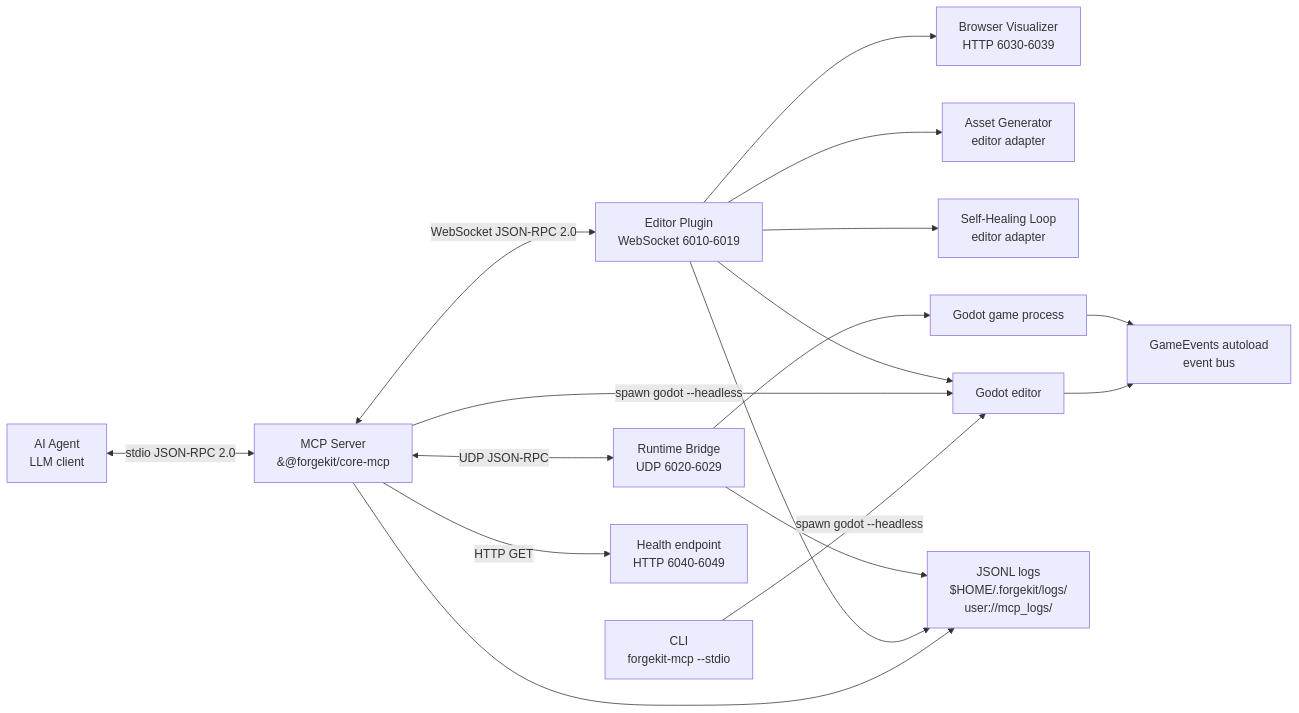
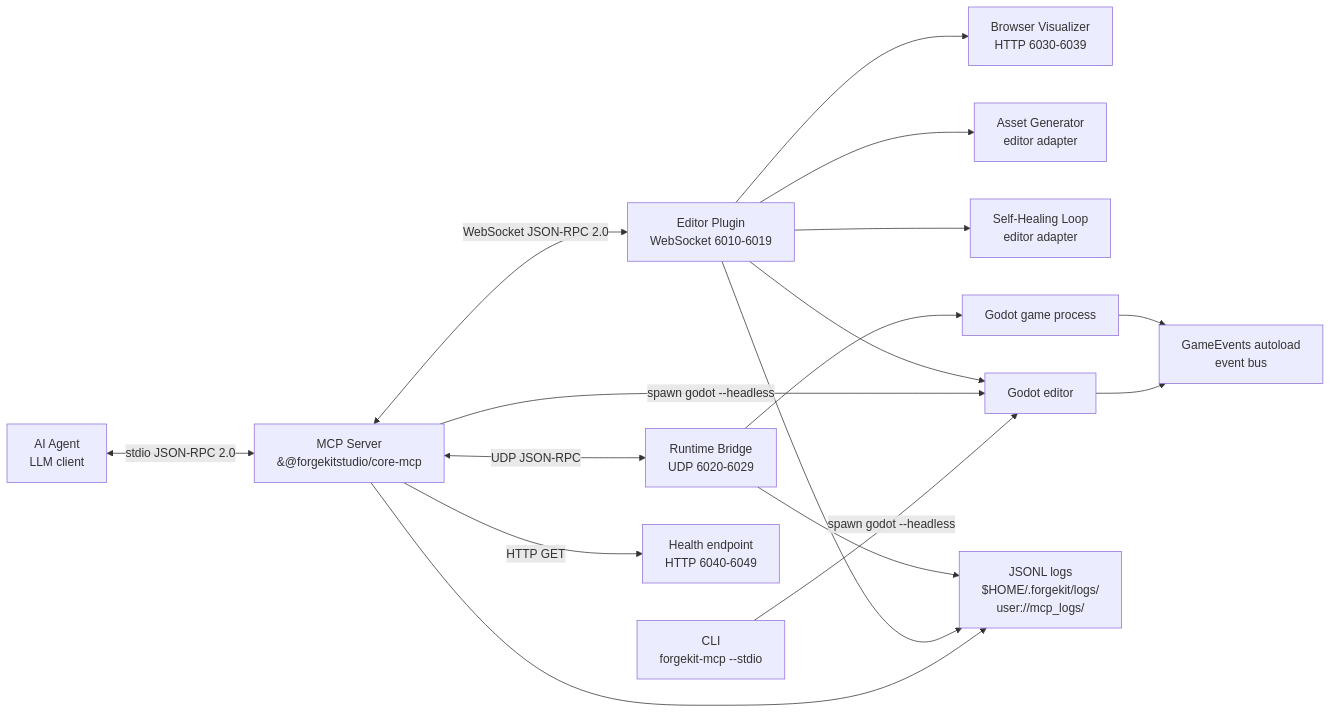
The second of 3 diagrams in docs/architecture.md (ForgeKitStudio/forgekit-core), drawn with Mermaid before and after one commit. The commit also changed other lines of this file and 15 other files, not shown here.

````diff
--- a/docs/architecture.md
+++ b/docs/architecture.md
@@ -359,36 +359,36 @@
 ```mermaid
 graph LR
     Agent[AI Agent<br/>LLM client]
     CLI[CLI<br/>forgekit-mcp --stdio]
-    Server[MCP Server<br/>&#64;forgekit/core-mcp]
+    Server[MCP Server<br/>&#64;forgekitstudio/core-mcp]
     Editor[Editor Plugin<br/>WebSocket 6010-6019]
     Visualizer[Browser Visualizer<br/>HTTP 6030-6039]
     AssetGen[Asset Generator<br/>editor adapter]
     Healing[Self-Healing Loop<br/>editor adapter]
     Runtime[Runtime Bridge<br/>UDP 6020-6029]
     Health[Health endpoint<br/>HTTP 6040-6049]
     GodotEditor[Godot editor]
     GodotGame[Godot game process]
     EventBus[GameEvents autoload<br/>event bus]
     Logs[JSONL logs<br/>$HOME/.forgekit/logs/<br/>user://mcp_logs/]
 
     Agent <-->|stdio JSON-RPC 2.0| Server
     CLI -->|spawn godot --headless| GodotEditor
     Server <-->|WebSocket JSON-RPC 2.0| Editor
     Server <-->|UDP JSON-RPC| Runtime
     Server -->|spawn godot --headless| GodotEditor
     Server -->|HTTP GET| Health
 
     Editor --> GodotEditor
     Editor --> Visualizer
     Editor --> AssetGen
     Editor --> Healing
     Runtime --> GodotGame
 
     GodotEditor --> EventBus
     GodotGame --> EventBus
 
     Server --> Logs
     Editor --> Logs
     Runtime --> Logs
 ```
````
